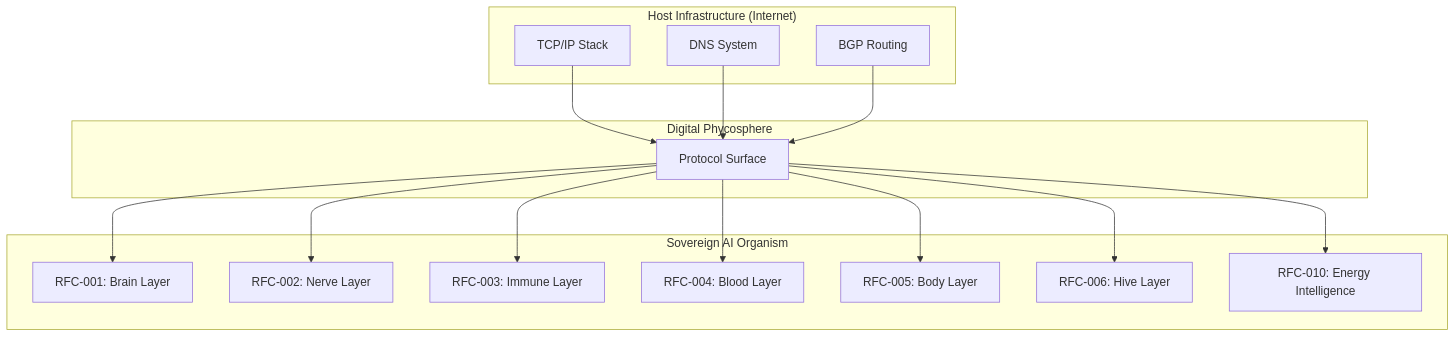
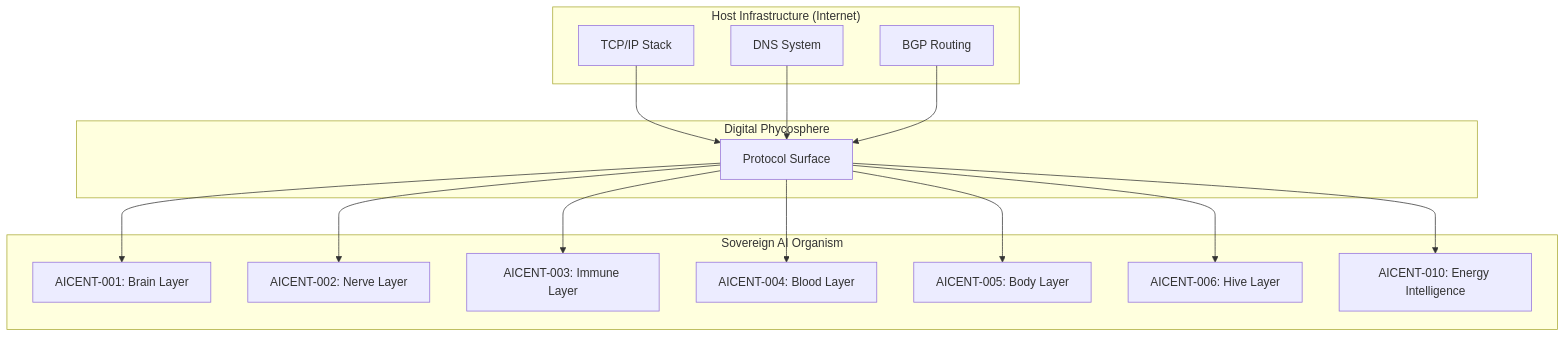
One commit to Aicent-Stack/epoekie changed the diagram in THEORY-EPOEKIE-SYMBIO-LOGIC.md. Above: the diagram before and after it, drawn with Mermaid. The commit also changed other lines of this file and 7 other files, not shown here.

First line of the commit message:
docs: redesignate RFC-0xx as AICENT-0xx across docs and code

````diff
--- a/THEORY-EPOEKIE-SYMBIO-LOGIC.md
+++ b/THEORY-EPOEKIE-SYMBIO-LOGIC.md
@@ -89,34 +89,34 @@
 ```mermaid
 graph TB
     subgraph "Host Infrastructure (Internet)"
         TCP[TCP/IP Stack]
         DNS[DNS System]
         BGP[BGP Routing]
     end
     
     subgraph "Digital Phycosphere"
         P[Protocol Surface]
     end
     
     subgraph "Sovereign AI Organism"
-        AICENT[RFC-001: Brain Layer]
-        RTTP[RFC-002: Nerve Layer]
-        RPKI[RFC-003: Immune Layer]
-        ZCMK[RFC-004: Blood Layer]
-        GTIOT[RFC-005: Body Layer]
-        ANET[RFC-006: Hive Layer]
-        ITSUN[RFC-010: Energy Intelligence]
+        AICENT[AICENT-001: Brain Layer]
+        RTTP[AICENT-002: Nerve Layer]
+        RPKI[AICENT-003: Immune Layer]
+        ZCMK[AICENT-004: Blood Layer]
+        GTIOT[AICENT-005: Body Layer]
+        ANET[AICENT-006: Hive Layer]
+        ITSUN[AICENT-010: Energy Intelligence]
     end
     
     TCP --> P
     DNS --> P
     BGP --> P
     
     P --> AICENT
     P --> RTTP
     P --> RPKI
     P --> ZCMK
     P --> GTIOT
     P --> ANET
     P --> ITSUN
 ```
````
